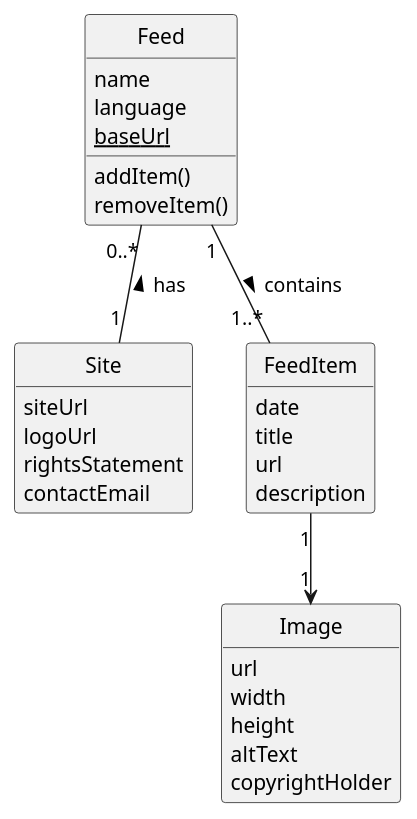
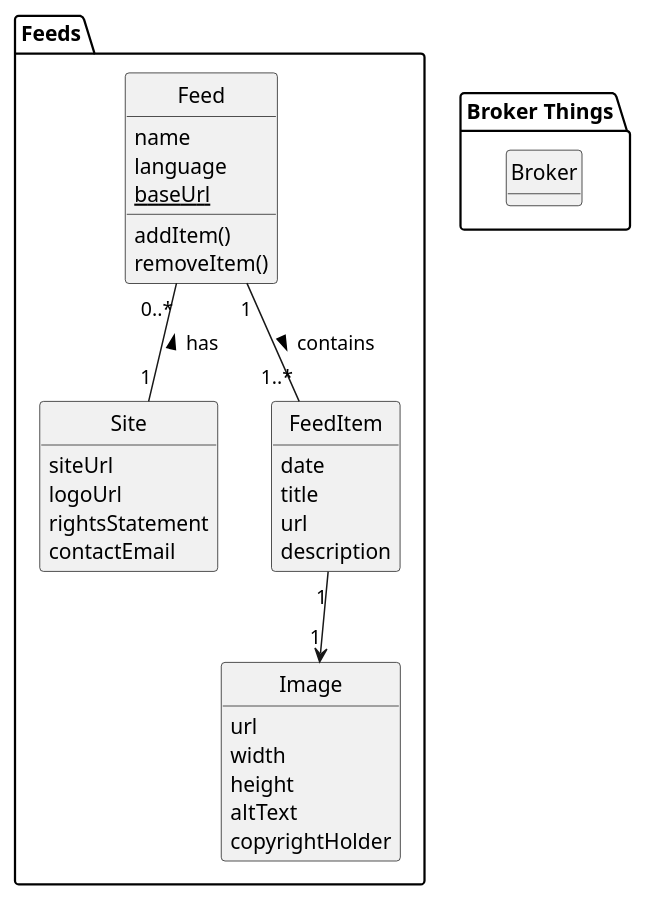
One commit to jamesdonoh/systemsdesign changed the diagram in classes.pu. Above: the diagram before and after it, drawn with PlantUML. The commit also changed 1 other file, not shown here.

```diff
--- a/classes.pu
+++ b/classes.pu
@@ -1,40 +1,46 @@
 @startuml
 
-class Feed {
-    name
-    language
-    {static} baseUrl
-    addItem()
-    removeItem()
+package Feeds {
+    class Feed {
+        name
+        language
+        {static} baseUrl
+        addItem()
+        removeItem()
+    }
+
+    class Site {
+        siteUrl
+        logoUrl
+        rightsStatement
+        contactEmail
+    }
+
+    class FeedItem {
+        date
+        title
+        url
+        description
+    }
+
+    class Image {
+        url
+        width
+        height
+        altText
+        copyrightHolder
+    }
 }
 
-class Site {
-    siteUrl
-    logoUrl
-    rightsStatement
-    contactEmail
-}
-
-class FeedItem {
-    date
-    title
-    url
-    description
-}
-
-class Image {
-    url
-    width
-    height
-    altText
-    copyrightHolder
+package "Broker Things" {
+    class Broker
 }
 
 Feed "0..*" -- "1" Site : has <
 Feed "1" -- "1..*" FeedItem : contains >
 FeedItem "1" --> "1" Image
 
 hide circle
 hide empty methods
 
 @enduml
```
